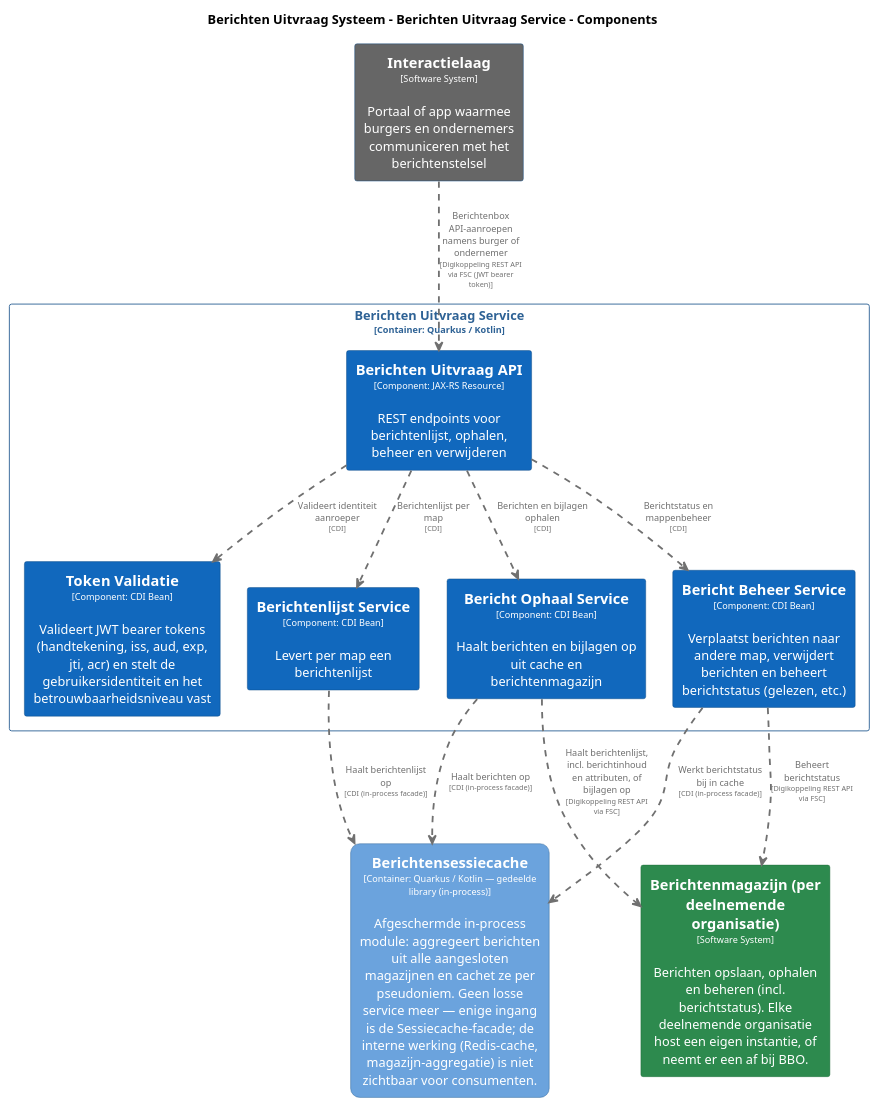
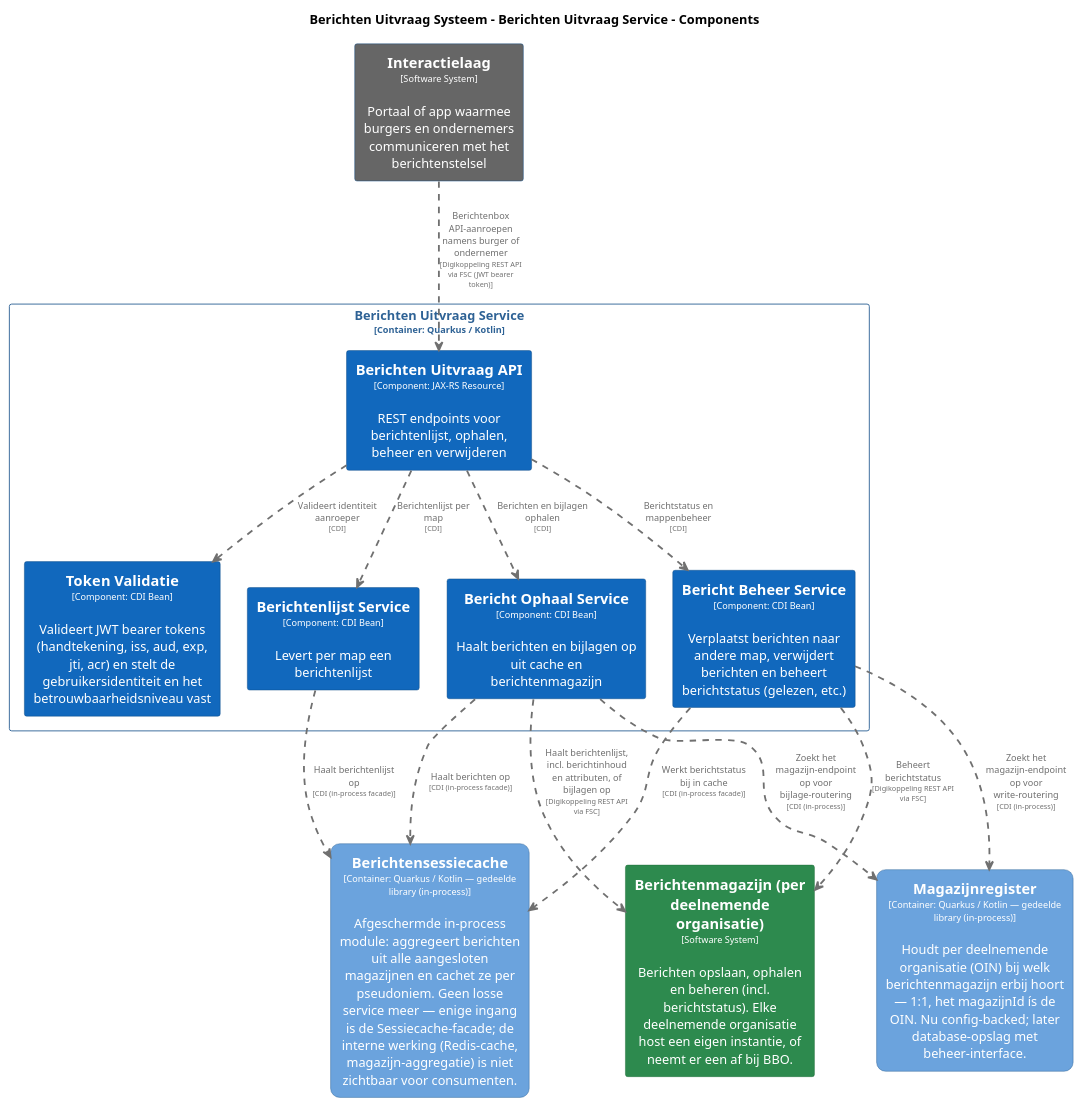
Before and after one commit to MinBZK/moza-poc-fbs-berichtenbox: the diagram in master/puml/BerichtenUitvraagServiceComponenten.puml, drawn with PlantUML. The commit also changed 37 other files, not shown here.

```diff
--- a/master/puml/BerichtenUitvraagServiceComponenten.puml
+++ b/master/puml/BerichtenUitvraagServiceComponenten.puml
@@ -1,95 +1,105 @@
 @startuml
 set separator none
 title Berichten Uitvraag Systeem - Berichten Uitvraag Service - Components
 
 top to bottom direction
 skinparam ranksep 60
 skinparam nodesep 30
 
 skinparam {
   arrowFontSize 10
   defaultTextAlignment center
   wrapWidth 200
   maxMessageSize 100
 }
 
 hide stereotype
 
 skinparam rectangle<<BerichtenUitvraagSysteem.BerichtenUitvraagService.BerichtBeheerService>> {
   BackgroundColor #1168bd
   FontColor #ffffff
   BorderColor #0b4884
   shadowing false
 }
 skinparam rectangle<<BerichtenUitvraagSysteem.BerichtenUitvraagService.BerichtOphaalService>> {
   BackgroundColor #1168bd
   FontColor #ffffff
   BorderColor #0b4884
   shadowing false
 }
 skinparam rectangle<<BerichtenUitvraagSysteem.BerichtenUitvraagService.BerichtenUitvraagAPI>> {
   BackgroundColor #1168bd
   FontColor #ffffff
   BorderColor #0b4884
   shadowing false
 }
 skinparam rectangle<<BerichtenUitvraagSysteem.BerichtenUitvraagService.BerichtenlijstService>> {
   BackgroundColor #1168bd
   FontColor #ffffff
   BorderColor #0b4884
   shadowing false
 }
 skinparam rectangle<<Berichtenmagazijnperdeelnemendeorganisatie>> {
   BackgroundColor #2d8a4e
   FontColor #ffffff
   BorderColor #1e6b38
   shadowing false
 }
 skinparam rectangle<<BerichtenUitvraagSysteem.Berichtensessiecache>> {
   BackgroundColor #6ba3dd
   FontColor #ffffff
   BorderColor #2e6295
   roundCorner 20
   shadowing false
 }
 skinparam rectangle<<Interactielaag>> {
   BackgroundColor #666666
   FontColor #ffffff
   BorderColor #0b4884
   shadowing false
 }
+skinparam rectangle<<BerichtenUitvraagSysteem.Magazijnregister>> {
+  BackgroundColor #6ba3dd
+  FontColor #ffffff
+  BorderColor #2e6295
+  roundCorner 20
+  shadowing false
+}
 skinparam rectangle<<BerichtenUitvraagSysteem.BerichtenUitvraagService.TokenValidatie>> {
   BackgroundColor #1168bd
   FontColor #ffffff
   BorderColor #0b4884
   shadowing false
 }
 skinparam rectangle<<BerichtenUitvraagSysteem.BerichtenUitvraagService>> {
   BorderColor #2e6295
   FontColor #2e6295
   shadowing false
 }
 
 rectangle "==Interactielaag\n<size:10>[Software System]</size>\n\nPortaal of app waarmee burgers en ondernemers communiceren met het berichtenstelsel" <<Interactielaag>> as Interactielaag
 rectangle "==Berichtenmagazijn (per deelnemende organisatie)\n<size:10>[Software System]</size>\n\nBerichten opslaan, ophalen en beheren (incl. berichtstatus). Elke deelnemende organisatie host een eigen instantie, of neemt er een af bij BBO." <<Berichtenmagazijnperdeelnemendeorganisatie>> as Berichtenmagazijnperdeelnemendeorganisatie
 rectangle "==Berichtensessiecache\n<size:10>[Container: Quarkus / Kotlin — gedeelde library (in-process)]</size>\n\nAfgeschermde in-process module: aggregeert berichten uit alle aangesloten magazijnen en cachet ze per pseudoniem. Geen losse service meer — enige ingang is de Sessiecache-facade; de interne werking (Redis-cache, magazijn-aggregatie) is niet zichtbaar voor consumenten." <<BerichtenUitvraagSysteem.Berichtensessiecache>> as BerichtenUitvraagSysteem.Berichtensessiecache
+rectangle "==Magazijnregister\n<size:10>[Container: Quarkus / Kotlin — gedeelde library (in-process)]</size>\n\nHoudt per deelnemende organisatie (OIN) bij welk berichtenmagazijn erbij hoort — 1:1, het magazijnId ís de OIN. Nu config-backed; later database-opslag met beheer-interface." <<BerichtenUitvraagSysteem.Magazijnregister>> as BerichtenUitvraagSysteem.Magazijnregister
 
 rectangle "Berichten Uitvraag Service\n<size:10>[Container: Quarkus / Kotlin]</size>" <<BerichtenUitvraagSysteem.BerichtenUitvraagService>> {
   rectangle "==Berichten Uitvraag API\n<size:10>[Component: JAX-RS Resource]</size>\n\nREST endpoints voor berichtenlijst, ophalen, beheer en verwijderen" <<BerichtenUitvraagSysteem.BerichtenUitvraagService.BerichtenUitvraagAPI>> as BerichtenUitvraagSysteem.BerichtenUitvraagService.BerichtenUitvraagAPI
   rectangle "==Token Validatie\n<size:10>[Component: CDI Bean]</size>\n\nValideert JWT bearer tokens (handtekening, iss, aud, exp, jti, acr) en stelt de gebruikersidentiteit en het betrouwbaarheidsniveau vast" <<BerichtenUitvraagSysteem.BerichtenUitvraagService.TokenValidatie>> as BerichtenUitvraagSysteem.BerichtenUitvraagService.TokenValidatie
   rectangle "==Berichtenlijst Service\n<size:10>[Component: CDI Bean]</size>\n\nLevert per map een berichtenlijst" <<BerichtenUitvraagSysteem.BerichtenUitvraagService.BerichtenlijstService>> as BerichtenUitvraagSysteem.BerichtenUitvraagService.BerichtenlijstService
   rectangle "==Bericht Ophaal Service\n<size:10>[Component: CDI Bean]</size>\n\nHaalt berichten en bijlagen op uit cache en berichtenmagazijn" <<BerichtenUitvraagSysteem.BerichtenUitvraagService.BerichtOphaalService>> as BerichtenUitvraagSysteem.BerichtenUitvraagService.BerichtOphaalService
   rectangle "==Bericht Beheer Service\n<size:10>[Component: CDI Bean]</size>\n\nVerplaatst berichten naar andere map, verwijdert berichten en beheert berichtstatus (gelezen, etc.)" <<BerichtenUitvraagSysteem.BerichtenUitvraagService.BerichtBeheerService>> as BerichtenUitvraagSysteem.BerichtenUitvraagService.BerichtBeheerService
 }
 
+BerichtenUitvraagSysteem.BerichtenUitvraagService.BerichtBeheerService .[#707070,thickness=2].> Berichtenmagazijnperdeelnemendeorganisatie : "<color:#707070>Beheert berichtstatus\n<color:#707070><size:8>[Digikoppeling REST API via FSC]</size>"
 BerichtenUitvraagSysteem.BerichtenUitvraagService.BerichtenUitvraagAPI .[#707070,thickness=2].> BerichtenUitvraagSysteem.BerichtenUitvraagService.TokenValidatie : "<color:#707070>Valideert identiteit aanroeper\n<color:#707070><size:8>[CDI]</size>"
 BerichtenUitvraagSysteem.BerichtenUitvraagService.BerichtenUitvraagAPI .[#707070,thickness=2].> BerichtenUitvraagSysteem.BerichtenUitvraagService.BerichtenlijstService : "<color:#707070>Berichtenlijst per map\n<color:#707070><size:8>[CDI]</size>"
 BerichtenUitvraagSysteem.BerichtenUitvraagService.BerichtenUitvraagAPI .[#707070,thickness=2].> BerichtenUitvraagSysteem.BerichtenUitvraagService.BerichtOphaalService : "<color:#707070>Berichten en bijlagen ophalen\n<color:#707070><size:8>[CDI]</size>"
 BerichtenUitvraagSysteem.BerichtenUitvraagService.BerichtenUitvraagAPI .[#707070,thickness=2].> BerichtenUitvraagSysteem.BerichtenUitvraagService.BerichtBeheerService : "<color:#707070>Berichtstatus en mappenbeheer\n<color:#707070><size:8>[CDI]</size>"
 BerichtenUitvraagSysteem.BerichtenUitvraagService.BerichtOphaalService .[#707070,thickness=2].> BerichtenUitvraagSysteem.Berichtensessiecache : "<color:#707070>Haalt berichten op\n<color:#707070><size:8>[CDI (in-process facade)]</size>"
 BerichtenUitvraagSysteem.BerichtenUitvraagService.BerichtenlijstService .[#707070,thickness=2].> BerichtenUitvraagSysteem.Berichtensessiecache : "<color:#707070>Haalt berichtenlijst op\n<color:#707070><size:8>[CDI (in-process facade)]</size>"
 BerichtenUitvraagSysteem.BerichtenUitvraagService.BerichtBeheerService .[#707070,thickness=2].> BerichtenUitvraagSysteem.Berichtensessiecache : "<color:#707070>Werkt berichtstatus bij in cache\n<color:#707070><size:8>[CDI (in-process facade)]</size>"
+BerichtenUitvraagSysteem.BerichtenUitvraagService.BerichtOphaalService .[#707070,thickness=2].> BerichtenUitvraagSysteem.Magazijnregister : "<color:#707070>Zoekt het magazijn-endpoint op voor bijlage-routering\n<color:#707070><size:8>[CDI (in-process)]</size>"
+BerichtenUitvraagSysteem.BerichtenUitvraagService.BerichtBeheerService .[#707070,thickness=2].> BerichtenUitvraagSysteem.Magazijnregister : "<color:#707070>Zoekt het magazijn-endpoint op voor write-routering\n<color:#707070><size:8>[CDI (in-process)]</size>"
 Interactielaag .[#707070,thickness=2].> BerichtenUitvraagSysteem.BerichtenUitvraagService.BerichtenUitvraagAPI : "<color:#707070>Berichtenbox API-aanroepen namens burger of ondernemer\n<color:#707070><size:8>[Digikoppeling REST API via FSC (JWT bearer token)]</size>"
 BerichtenUitvraagSysteem.BerichtenUitvraagService.BerichtOphaalService .[#707070,thickness=2].> Berichtenmagazijnperdeelnemendeorganisatie : "<color:#707070>Haalt berichtenlijst, incl. berichtinhoud en attributen, of bijlagen op\n<color:#707070><size:8>[Digikoppeling REST API via FSC]</size>"
-BerichtenUitvraagSysteem.BerichtenUitvraagService.BerichtBeheerService .[#707070,thickness=2].> Berichtenmagazijnperdeelnemendeorganisatie : "<color:#707070>Beheert berichtstatus\n<color:#707070><size:8>[Digikoppeling REST API via FSC]</size>"
 @enduml
```
